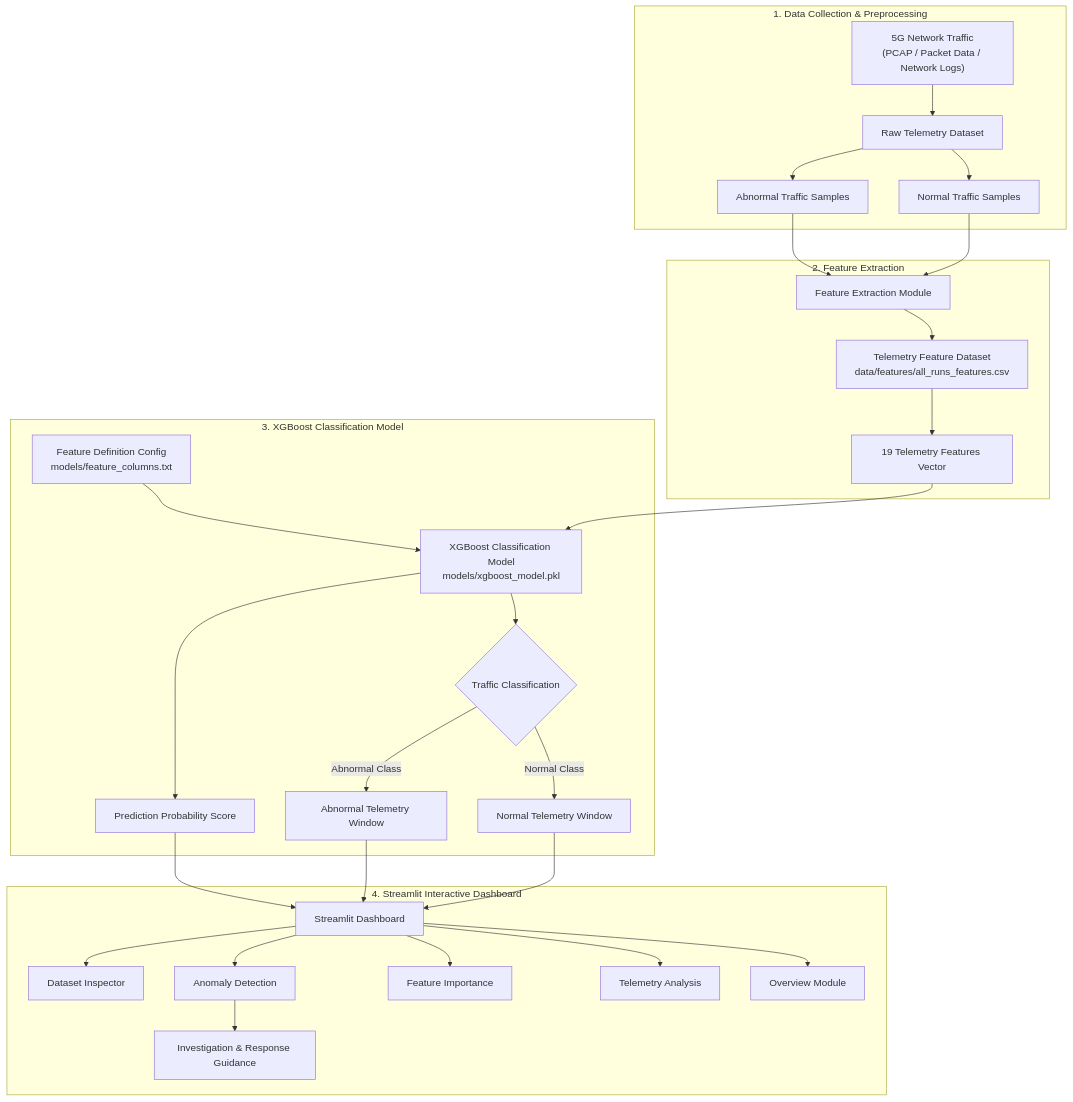
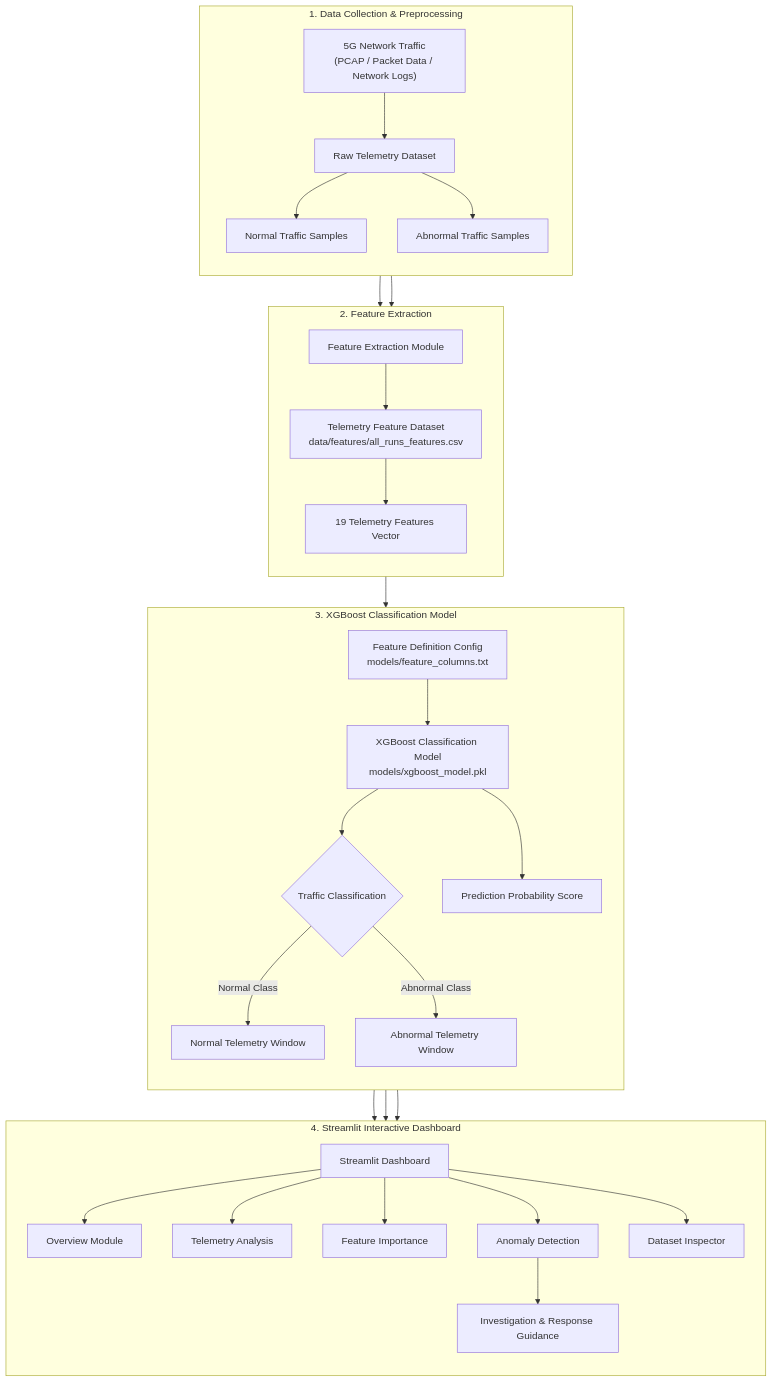
Before and after one commit to Chinmayanand03/5G-Network-Anomaly-Detection-Using-XGBoost-Based-Telemetry-Analysis: the first of 6 diagrams in README.md, drawn with Mermaid. The commit also changed other lines of this file and 1 other file, not shown here.

Commit message:
Center subgraphs with explicit direction TB and direct rank linkage

````diff
--- a/README.md
+++ b/README.md
@@ -59,38 +59,42 @@
 ```mermaid
 flowchart TD
     subgraph DataIngestion ["1. Data Collection & Preprocessing"]
+        direction TB
         A["5G Network Traffic<br/>(PCAP / Packet Data / Network Logs)"] --> B["Raw Telemetry Dataset"]
         B --> C1["Normal Traffic Samples"]
         B --> C2["Abnormal Traffic Samples"]
     end
 
     subgraph FeatureEngineering ["2. Feature Extraction"]
-        C1 --> D["Feature Extraction Module"]
-        C2 --> D
-        D --> E["Telemetry Feature Dataset<br/>data/features/all_runs_features.csv"]
+        direction TB
+        D["Feature Extraction Module"] --> E["Telemetry Feature Dataset<br/>data/features/all_runs_features.csv"]
         E --> F["19 Telemetry Features Vector"]
     end
 
     subgraph MLInference ["3. XGBoost Classification Model"]
+        direction TB
         H["Feature Definition Config<br/>models/feature_columns.txt"] --> G["XGBoost Classification Model<br/>models/xgboost_model.pkl"]
-        F --> G
         G --> I{"Traffic Classification"}
         I -->|Normal Class| J["Normal Telemetry Window"]
         I -->|Abnormal Class| K["Abnormal Telemetry Window"]
         G --> L["Prediction Probability Score"]
     end
 
     subgraph DashboardUI ["4. Streamlit Interactive Dashboard"]
-        J --> M["Streamlit Dashboard"]
-        K --> M
-        L --> M
+        direction TB
+        M["Streamlit Dashboard"]
         M --> N1["Overview Module"]
         M --> N2["Telemetry Analysis"]
         M --> N3["Feature Importance"]
         M --> N4["Anomaly Detection"]
         M --> N5["Dataset Inspector"]
         N4 --> O["Investigation & Response Guidance"]
     end
 
-    DataIngestion ~~~ FeatureEngineering ~~~ MLInference ~~~ DashboardUI
+    C1 --> D
+    C2 --> D
+    F --> G
+    J --> M
+    K --> M
+    L --> M
 ```
````
